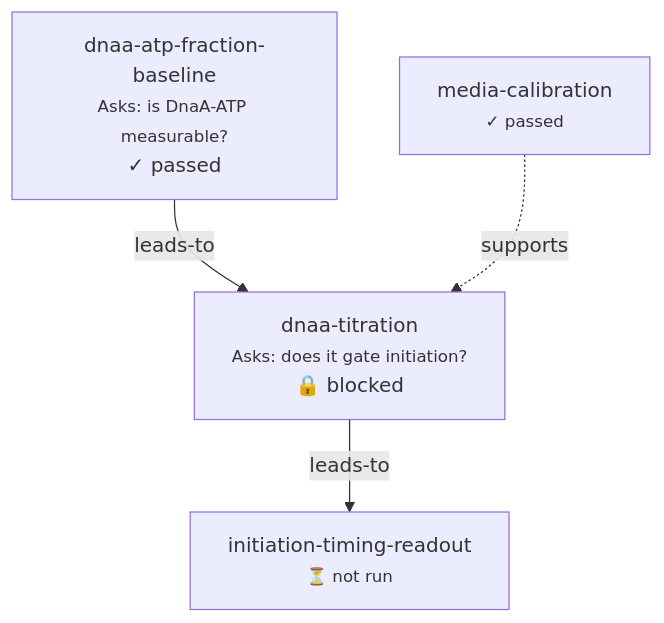
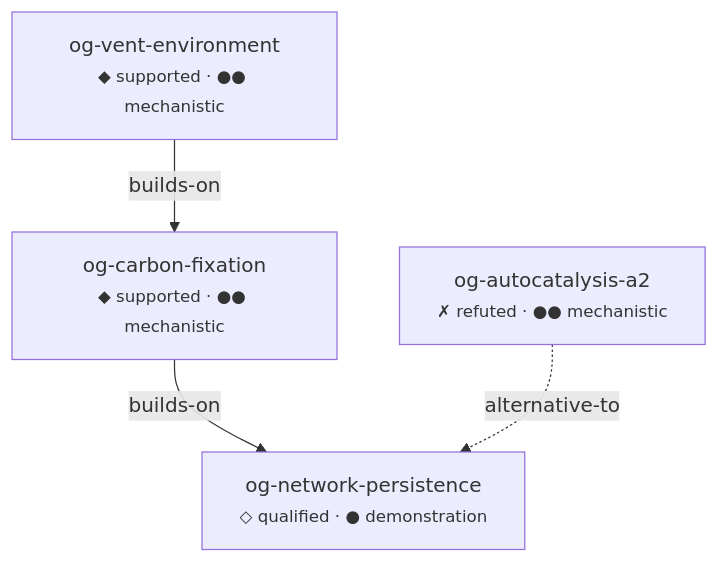
One commit to vivarium-collective/viva-docs changed the diagram in docs/investigate/investigations.md. Above: the diagram before and after it, drawn with Mermaid. The commit also changed other lines of this file and 3 other files, not shown here.

````diff
--- a/docs/investigate/investigations.md
+++ b/docs/investigate/investigations.md
@@ -114,10 +154,10 @@
 ```mermaid
 flowchart TB
-    B["dnaa-atp-fraction-baseline<br/><small>Asks: is DnaA-ATP measurable?</small><br/>✓ passed"]
-    C["media-calibration<br/><small>✓ passed</small>"]
-    T["dnaa-titration<br/><small>Asks: does it gate initiation?</small><br/>🔒 blocked"]
-    R["initiation-timing-readout<br/><small>⏳ not run</small>"]
-    B -->|leads-to| T
-    C -.->|supports| T
-    T -->|leads-to| R
+    V["og-vent-environment<br/><small>◆ supported · ●● mechanistic</small>"]
+    C["og-carbon-fixation<br/><small>◆ supported · ●● mechanistic</small>"]
+    A["og-autocatalysis-a2<br/><small>✗ refuted · ●● mechanistic</small>"]
+    N["og-network-persistence<br/><small>◇ qualified · ● demonstration</small>"]
+    V -->|builds-on| C
+    C -->|builds-on| N
+    A -.->|alternative-to| N
 ```
````
